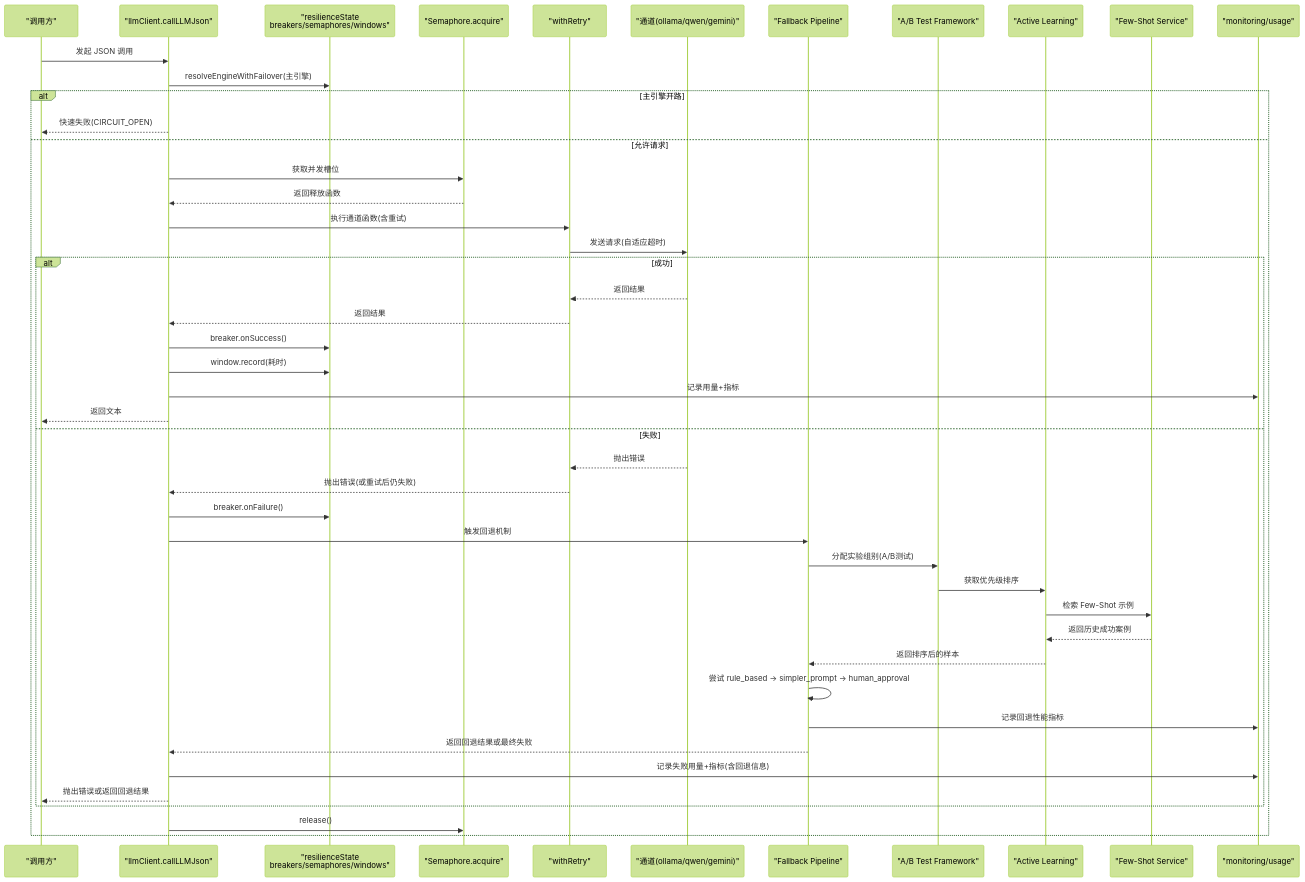
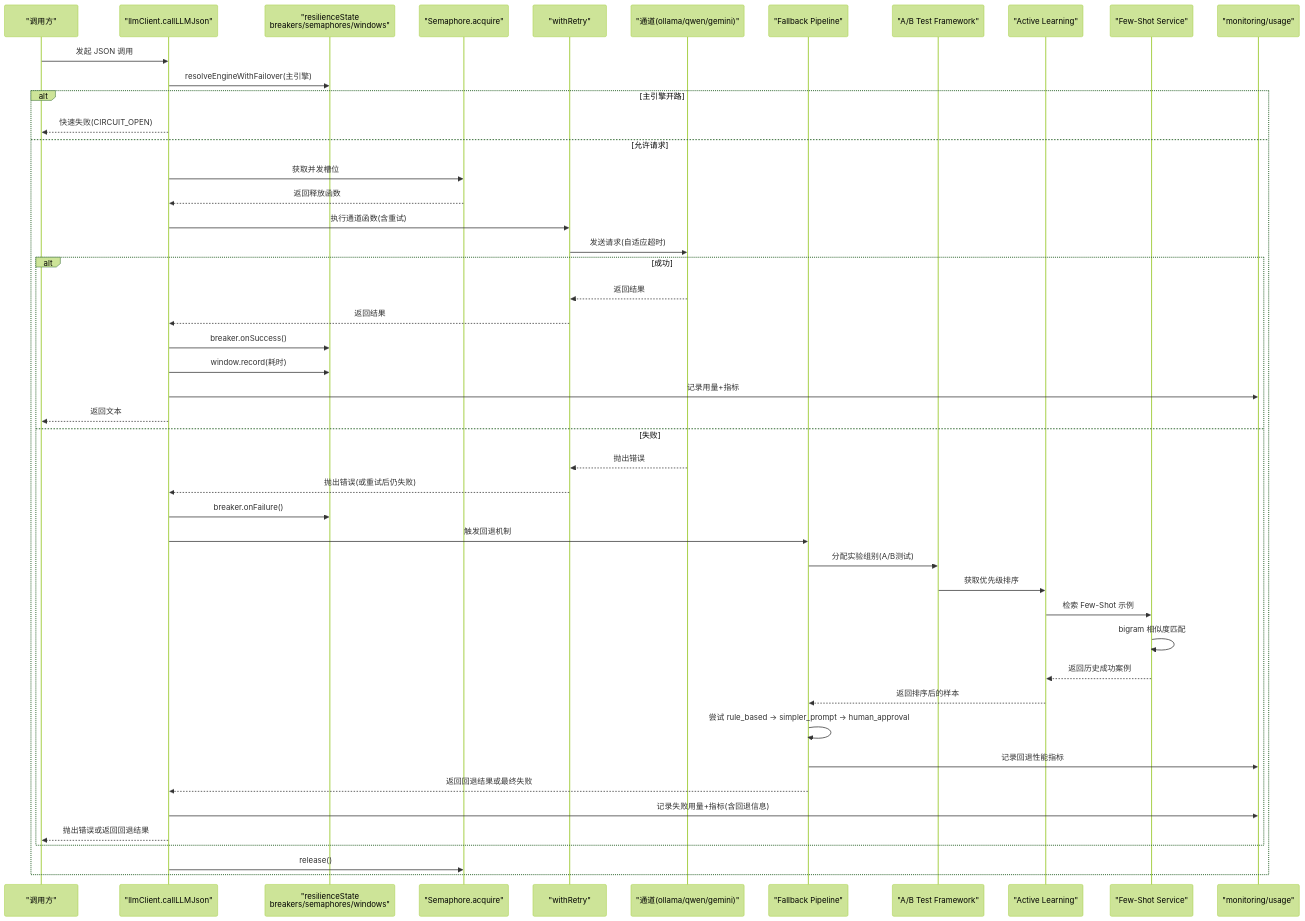
Before and after one commit to dgjin/smart-data-analytics: the second of 17 diagrams in .qoder/repowiki/zh/content/AI与LLM集成/容错与故障转移.md, drawn with Mermaid (forest theme). The commit also changed other lines of this file and 100 other files, not shown here.

````diff
--- a/.qoder/repowiki/zh/content/AI与LLM集成/容错与故障转移.md
+++ b/.qoder/repowiki/zh/content/AI与LLM集成/容错与故障转移.md
@@ -164,48 +164,49 @@
 ```mermaid
 sequenceDiagram
 participant U as "调用方"
 participant C as "llmClient.callLLMJson"
 participant R as "resilienceState<br/>breakers/semaphores/windows"
 participant S as "Semaphore.acquire"
 participant RT as "withRetry"
 participant CH as "通道(ollama/qwen/gemini)"
 participant FB as "Fallback Pipeline"
 participant AB as "A/B Test Framework"
 participant AL as "Active Learning"
 participant FS as "Few-Shot Service"
 participant M as "monitoring/usage"
 U->>C : 发起 JSON 调用
 C->>R : resolveEngineWithFailover(主引擎)
 alt 主引擎开路
 C-->>U : 快速失败(CIRCUIT_OPEN)
 else 允许请求
 C->>S : 获取并发槽位
 S-->>C : 返回释放函数
 C->>RT : 执行通道函数(含重试)
 RT->>CH : 发送请求(自适应超时)
 alt 成功
 CH-->>RT : 返回结果
 RT-->>C : 返回结果
 C->>R : breaker.onSuccess()
 C->>R : window.record(耗时)
 C->>M : 记录用量+指标
 C-->>U : 返回文本
 else 失败
 CH-->>RT : 抛出错误
 RT-->>C : 抛出错误(或重试后仍失败)
 C->>R : breaker.onFailure()
 C->>FB : 触发回退机制
 FB->>AB : 分配实验组别(A/B测试)
 AB->>AL : 获取优先级排序
 AL->>FS : 检索 Few-Shot 示例
+FS->>FS : bigram 相似度匹配
 FS-->>AL : 返回历史成功案例
 AL-->>FB : 返回排序后的样本
 FB->>FB : 尝试 rule_based → simpler_prompt → human_approval
 FB->>M : 记录回退性能指标
 FB-->>C : 返回回退结果或最终失败
 C->>M : 记录失败用量+指标(含回退信息)
 C-->>U : 抛出错误或返回回退结果
 end
 C->>S : release()
 end
 ```
````
